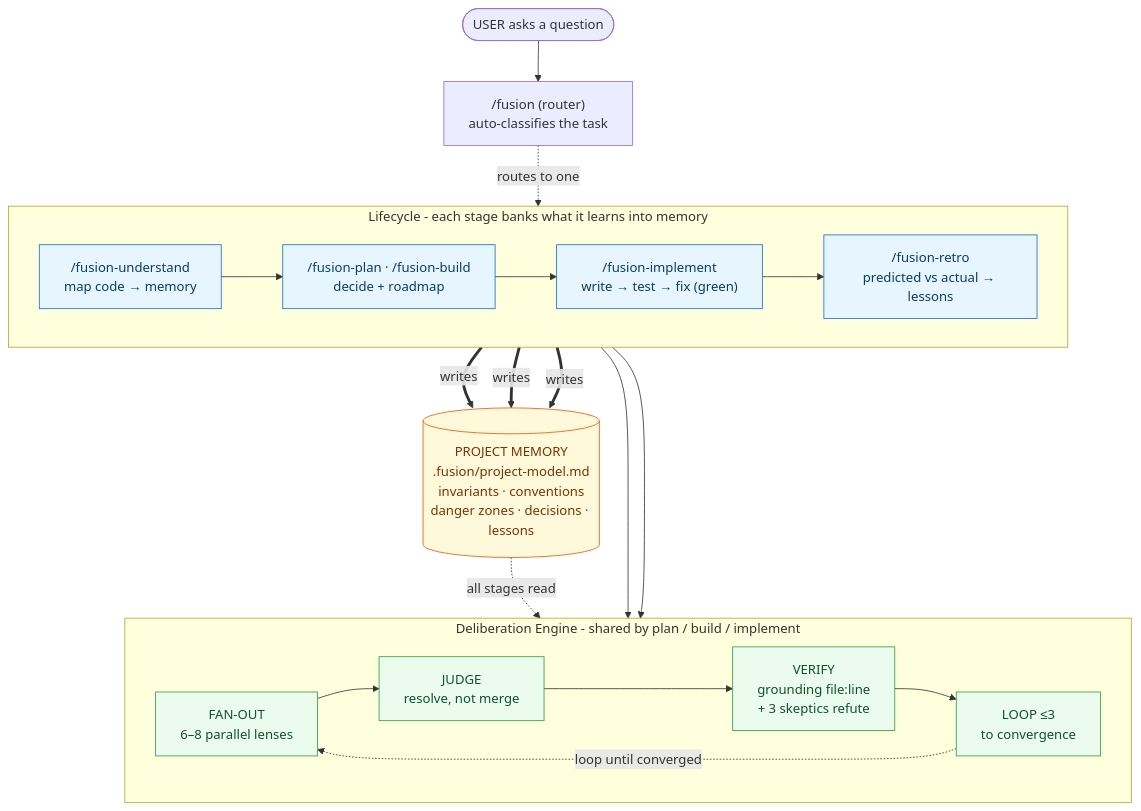
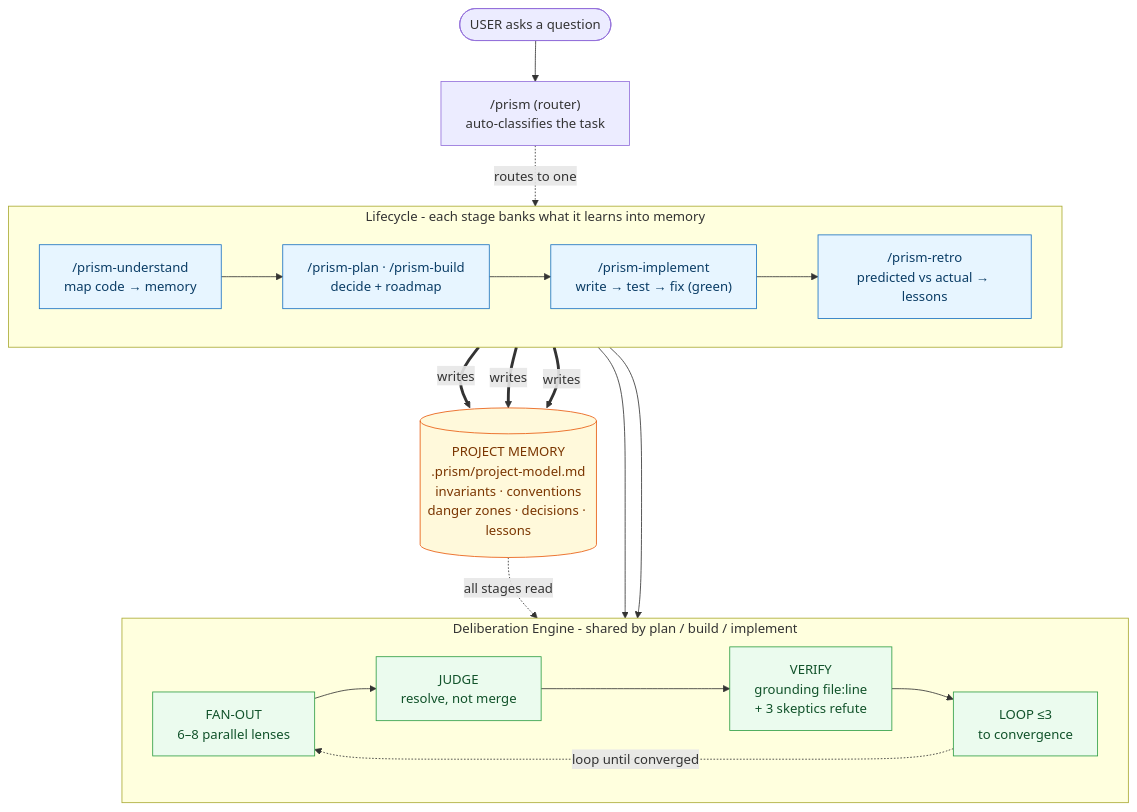
Before and after one commit to Adityaakr/prism-claude-code: the diagram in README.md, drawn with Mermaid. The commit also changed other lines of this file and 7 other files, not shown here.

First line of the commit message:
Rename skill: fusion -> prism

````diff
--- a/README.md
+++ b/README.md
@@ -22,40 +25,40 @@
 ```mermaid
 flowchart TB
-    U([USER asks a question]) --> R["/fusion  (router)<br/>auto-classifies the task"]
+    U([USER asks a question]) --> R["/prism  (router)<br/>auto-classifies the task"]
 
     R -.routes to one.-> LIFECYCLE
 
     subgraph LIFECYCLE [Lifecycle - each stage banks what it learns into memory]
         direction LR
-        UN["/fusion-understand<br/>map code → memory"]
-        DE["/fusion-plan · /fusion-build<br/>decide + roadmap"]
-        IM["/fusion-implement<br/>write → test → fix (green)"]
-        RE["/fusion-retro<br/>predicted vs actual → lessons"]
+        UN["/prism-understand<br/>map code → memory"]
+        DE["/prism-plan · /prism-build<br/>decide + roadmap"]
+        IM["/prism-implement<br/>write → test → fix (green)"]
+        RE["/prism-retro<br/>predicted vs actual → lessons"]
         UN --> DE --> IM --> RE
     end
 
     DE --> ENGINE
     IM --> ENGINE
 
     subgraph ENGINE [Deliberation Engine - shared by plan / build / implement]
         direction LR
         FO["FAN-OUT<br/>6–8 parallel lenses"] --> JU["JUDGE<br/>resolve, not merge"]
         JU --> VE["VERIFY<br/>grounding file:line<br/>+ 3 skeptics refute"]
         VE --> LP["LOOP ≤3<br/>to convergence"]
         LP -.loop until converged.-> FO
     end
 
     UN ==writes==> MEM
     IM ==writes==> MEM
     RE ==writes==> MEM
     MEM -.all stages read.-> ENGINE
 
-    MEM[("PROJECT MEMORY<br/>.fusion/project-model.md<br/>invariants · conventions<br/>danger zones · decisions · lessons")]
+    MEM[("PROJECT MEMORY<br/>.prism/project-model.md<br/>invariants · conventions<br/>danger zones · decisions · lessons")]
 
     classDef cmd fill:#e7f5ff,stroke:#1971c2,color:#0b3d66;
     classDef eng fill:#ebfbee,stroke:#2f9e44,color:#11522a;
     classDef mem fill:#fff9db,stroke:#e8590c,color:#7a3500;
     class UN,DE,IM,RE cmd;
     class FO,JU,VE,LP eng;
     class MEM mem;
 ```
````
